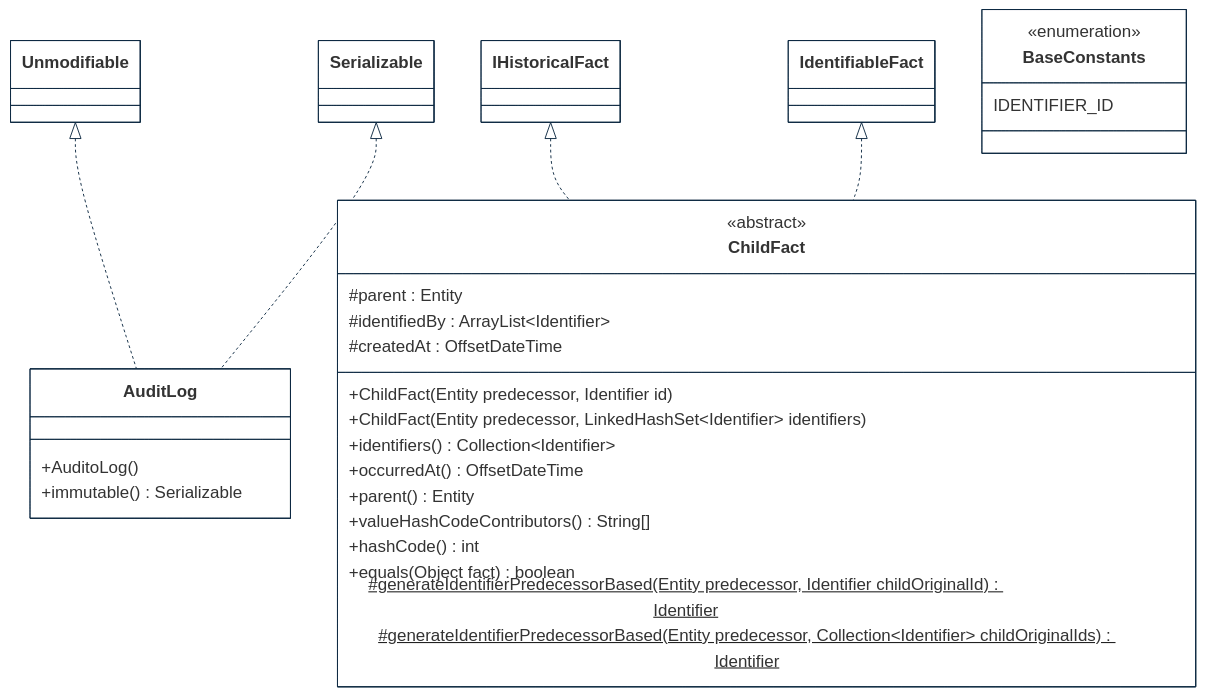
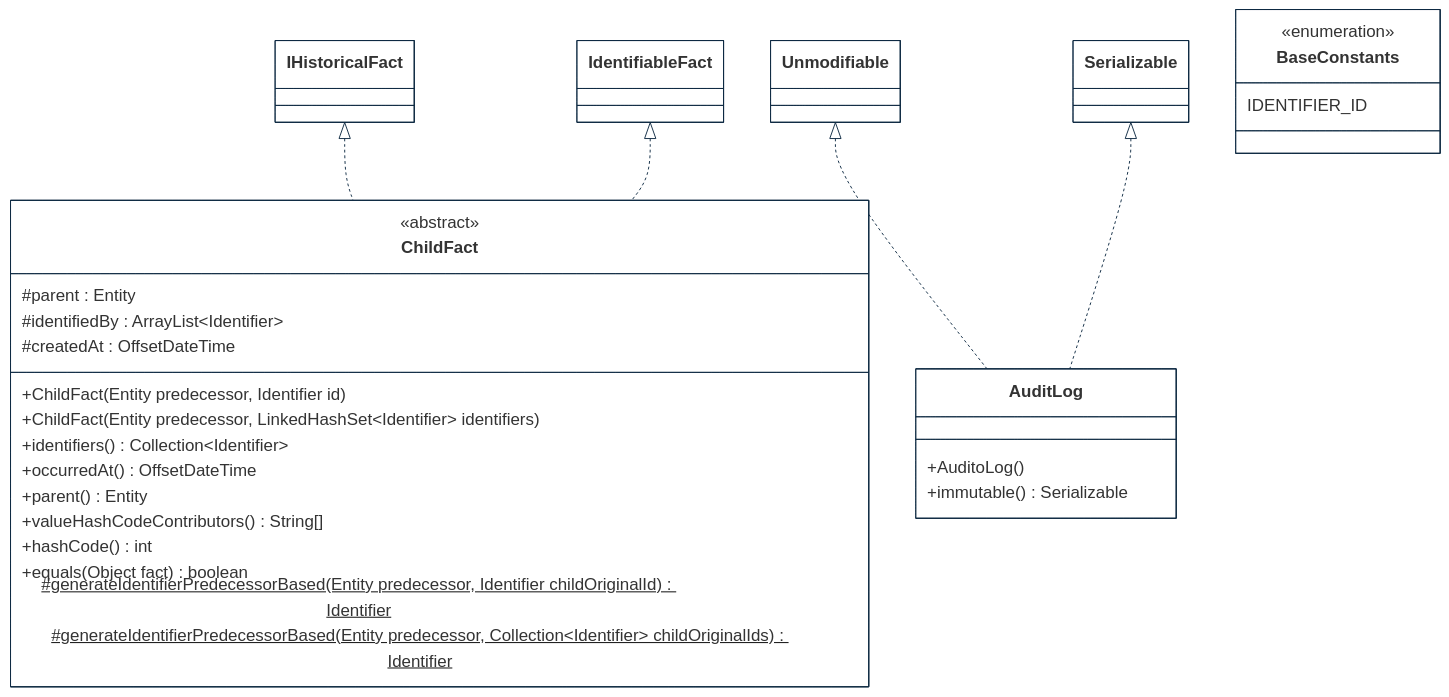
One commit to cybnity/foundation changed the first of 5 diagrams in implementations-line/framework/immutable/designview-packages.md. Above: the diagram before and after it, drawn with Mermaid. The commit also changed other lines of this file, not shown here.

````diff
--- a/implementations-line/framework/immutable/designview-packages.md
+++ b/implementations-line/framework/immutable/designview-packages.md
@@ -33,50 +33,50 @@
 ```mermaid
 %%{
   init: {
     'theme': 'base',
     'themeVariables': {
         'background': '#ffffff',
         'fontFamily': 'arial',
         'fontSize': '18px',
         'primaryColor': '#fff',
         'primaryBorderColor': '#0e2a43',
         'secondaryBorderColor': '#0e2a43',
         'tertiaryBorderColor': '#0e2a43',
         'edgeLabelBackground':'#0e2a43',
         'lineColor': '#0e2a43',
         'tertiaryColor': '#fff'
     }
   }
 }%%
 classDiagram
+    IHistoricalFact <|.. ChildFact
+    IdentifiableFact <|.. ChildFact
     Unmodifiable <|.. AuditLog
     Serializable <|.. AuditLog
-    IHistoricalFact <|.. ChildFact
-    IdentifiableFact <|.. ChildFact
 
     class AuditLog {
         +AuditoLog()
         +immutable() Serializable
     }
     class ChildFact {
         <<abstract>>
         #parent : Entity
         #identifiedBy : ArrayList~Identifier~
         #createdAt : OffsetDateTime
         +ChildFact(Entity predecessor, Identifier id)
         +ChildFact(Entity predecessor, LinkedHashSet~Identifier~ identifiers)
         +identifiers() Collection~Identifier~
         +occurredAt() OffsetDateTime
         +parent() Entity
         +valueHashCodeContributors() String[]
         +hashCode() int
         +equals(Object fact) boolean
         #generateIdentifierPredecessorBased(Entity predecessor, Identifier childOriginalId)$ Identifier
         #generateIdentifierPredecessorBased(Entity predecessor, Collection~Identifier~ childOriginalIds)$ Identifier
     }
     class BaseConstants {
         <<enumeration>>
         IDENTIFIER_ID
     }
 
 ```
````
